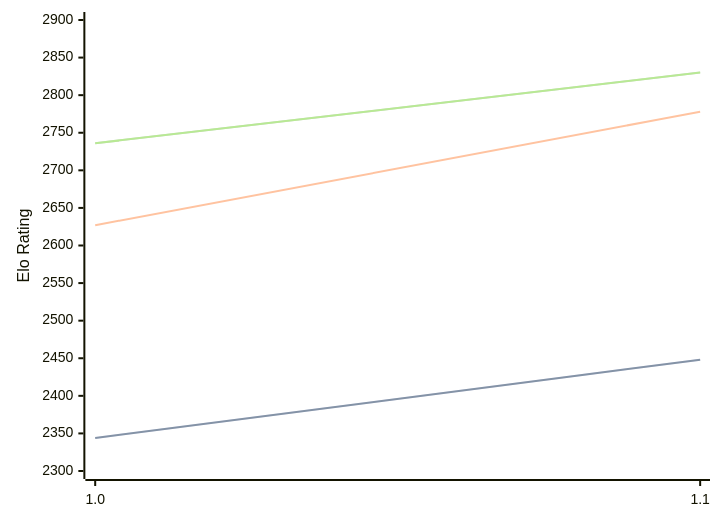
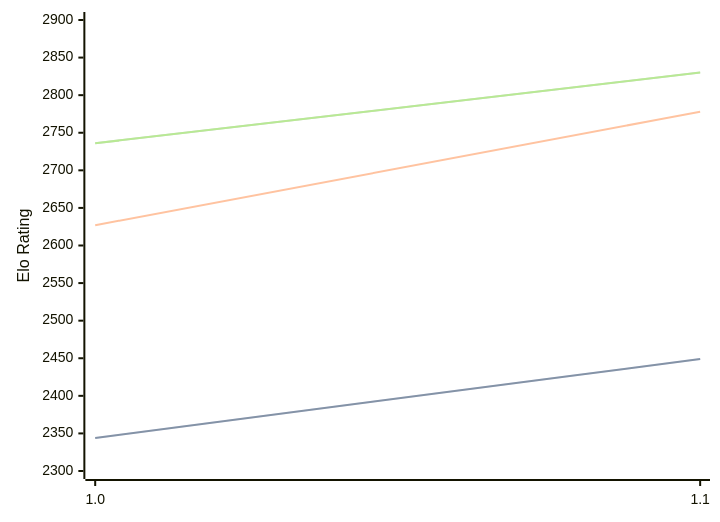
The diagram in engines/Casanchess.md (computer-chess-index/cci), drawn with Mermaid before and after one commit. The commit also changed other lines of this file, not shown here.

````diff
--- a/engines/Casanchess.md
+++ b/engines/Casanchess.md
@@ -32,11 +32,11 @@
 ```mermaid
 %%{init: {"theme":"base","themeVariables":{"seriesColors:['#a3a3a3','#222221','#faa371']}}}%%
 xychart-beta
   x-axis ["1.0", "1.1"]
   y-axis "Elo Rating" 2300 --> 2900
-  line "" [2344, 2448]
-  line "STC (8.0+0.08s)" [2344, 2448]
+  line "" [2344, 2449]
+  line "STC (8.0+0.08s)" [2344, 2449]
   line "LTC (60.0+0.60s)" [2627, 2778]
   line "" [2736, 2830]
   line "VLTC (2m24s+1.12s)" [2736, 2830]
 ```
````
